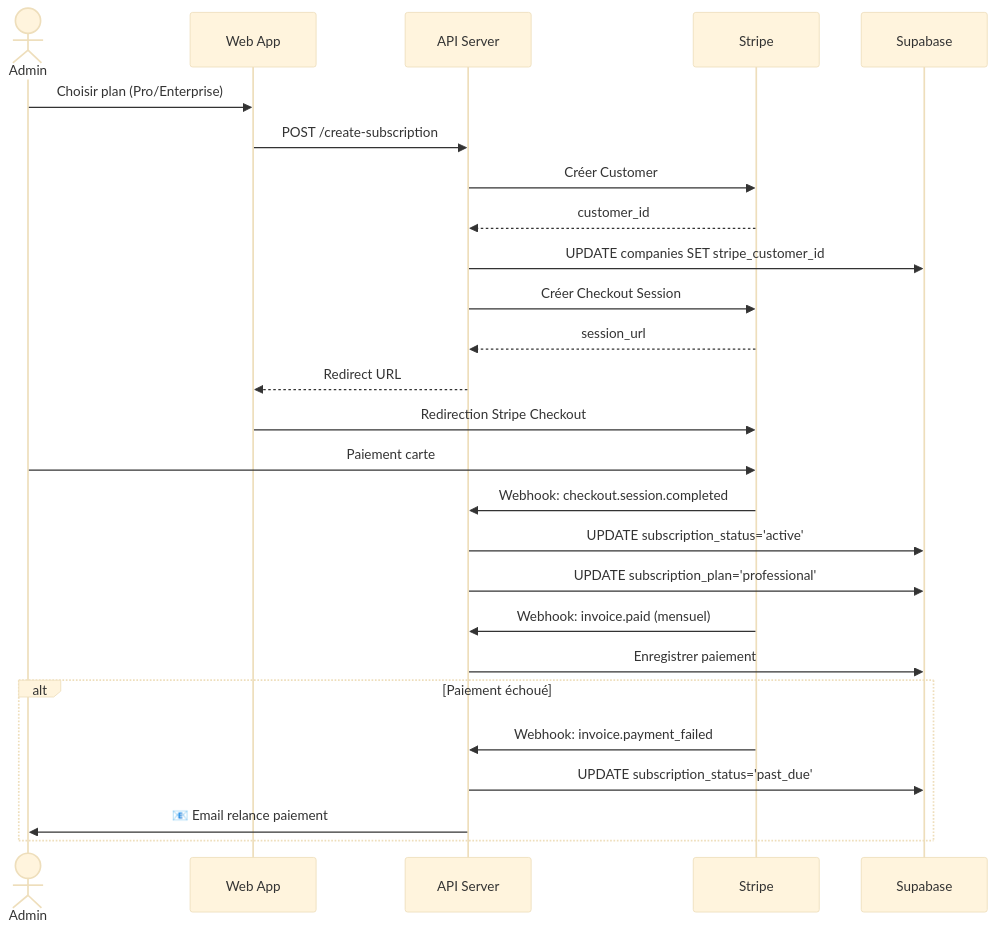
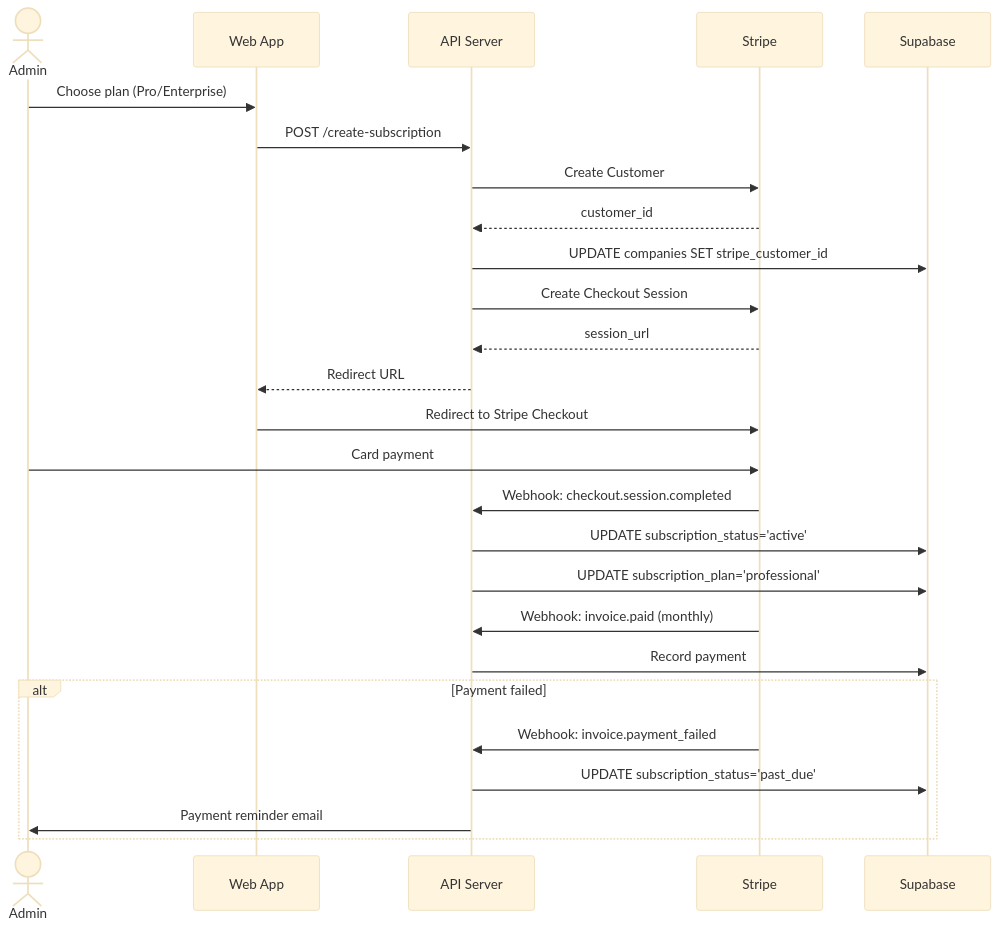
One commit to shiftexpress01/public changed the sixth of 8 diagrams in USER_FLOWS.md. Above: the diagram before and after it, drawn with Mermaid (base theme). The commit also changed other lines of this file, not shown here.

````diff
--- a/USER_FLOWS.md
+++ b/USER_FLOWS.md
@@ -203,36 +203,36 @@
 ```mermaid
 sequenceDiagram
     actor A as Admin
     participant W as Web App
     participant API as API Server
     participant ST as Stripe
     participant S as Supabase
 
-    A->>W: Choisir plan (Pro/Enterprise)
+    A->>W: Choose plan (Pro/Enterprise)
     W->>API: POST /create-subscription
 
-    API->>ST: Créer Customer
+    API->>ST: Create Customer
     ST-->>API: customer_id
 
     API->>S: UPDATE companies SET stripe_customer_id
 
-    API->>ST: Créer Checkout Session
+    API->>ST: Create Checkout Session
     ST-->>API: session_url
     API-->>W: Redirect URL
 
-    W->>ST: Redirection Stripe Checkout
-    A->>ST: Paiement carte
+    W->>ST: Redirect to Stripe Checkout
+    A->>ST: Card payment
 
     ST->>API: Webhook: checkout.session.completed
     API->>S: UPDATE subscription_status='active'
     API->>S: UPDATE subscription_plan='professional'
 
-    ST->>API: Webhook: invoice.paid (mensuel)
-    API->>S: Enregistrer paiement
+    ST->>API: Webhook: invoice.paid (monthly)
+    API->>S: Record payment
 
-    alt Paiement échoué
+    alt Payment failed
         ST->>API: Webhook: invoice.payment_failed
         API->>S: UPDATE subscription_status='past_due'
-        API->>A: 📧 Email relance paiement
+        API->>A: Payment reminder email
     end
 ```
````
